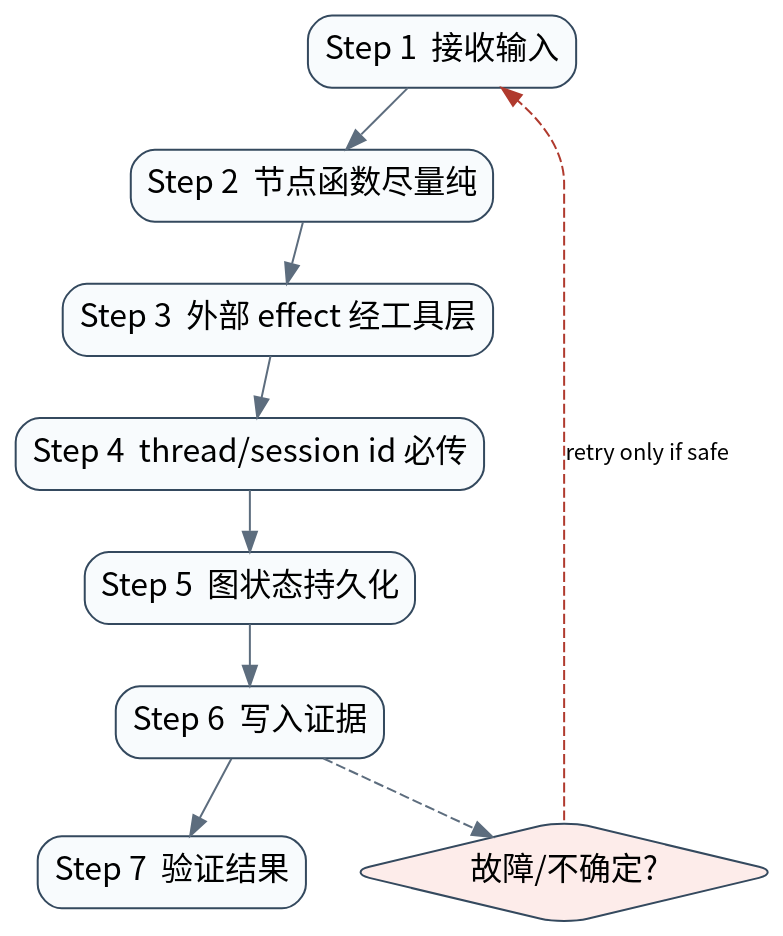
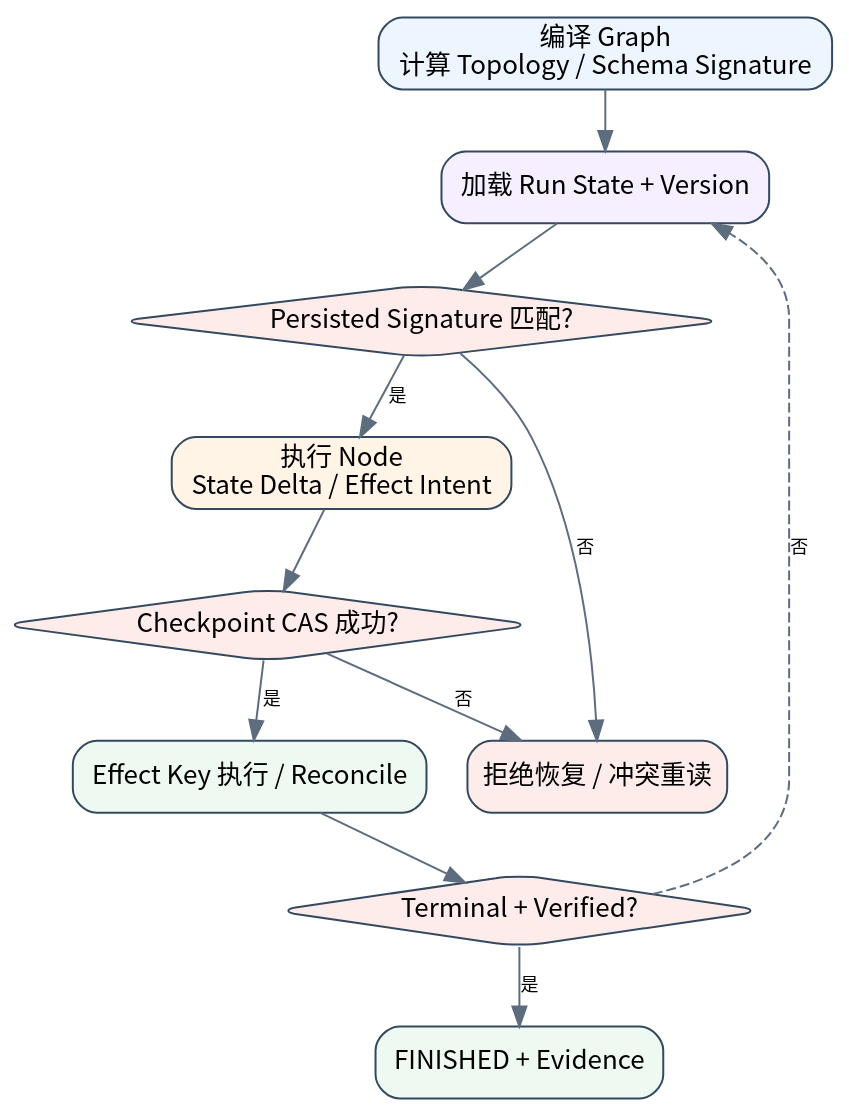
One commit to william-lbn/aiagentsystem changed the diagram in book/assets/diagrams/26-workflow-graph-flow.dot. Above: the diagram before and after it, drawn with Graphviz. The commit also changed 227 other files, not shown here.

```diff
--- a/book/assets/diagrams/26-workflow-graph-flow.dot
+++ b/book/assets/diagrams/26-workflow-graph-flow.dot
@@ -1,21 +1,24 @@
 digraph G {
-graph [rankdir=TB,bgcolor="transparent",pad="0.15",nodesep="0.28",ranksep="0.42"];
-node [shape=box,style="rounded,filled",fontname="Noto Sans CJK SC",fontsize=16,color="#34495e",fillcolor="#f8fbfd"];
-edge [fontname="Noto Sans CJK SC",fontsize=11,color="#5d6d7e"];
-s0 [label="Step 1  接收输入"];
-s1 [label="Step 2  节点函数尽量纯"];
-s2 [label="Step 3  外部 effect 经工具层"];
-s3 [label="Step 4  thread/session id 必传"];
-s4 [label="Step 5  图状态持久化"];
-s5 [label="Step 6  写入证据"];
-s6 [label="Step 7  验证结果"];
-s0->s1;
-s1->s2;
-s2->s3;
-s3->s4;
-s4->s5;
-s5->s6;
-fail [shape=diamond,label="故障/不确定?",fillcolor="#fdecea"];
-s5->fail [style=dashed];
-fail->s0 [label="retry only if safe",style=dashed,color="#b03a2e"];
+graph [rankdir=TB,bgcolor="transparent",pad="0.18",nodesep="0.28",ranksep="0.40"];
+node [shape=box,style="rounded,filled",fontname="Noto Sans CJK SC",fontsize=13,color="#34495e"];
+edge [fontname="Noto Sans CJK SC",fontsize=9,color="#5d6d7e"];
+compile [label="编译 Graph\n计算 Topology / Schema Signature",fillcolor="#edf5ff"];
+load [label="加载 Run State + Version",fillcolor="#f6efff"];
+match [shape=diamond,label="Persisted Signature 匹配?",fillcolor="#fdecea"];
+execute [label="执行 Node\nState Delta / Effect Intent",fillcolor="#fff4e6"];
+cas [shape=diamond,label="Checkpoint CAS 成功?",fillcolor="#fdecea"];
+effect [label="Effect Key 执行 / Reconcile",fillcolor="#eef9f1"];
+terminal [shape=diamond,label="Terminal + Verified?",fillcolor="#fdecea"];
+finish [label="FINISHED + Evidence",fillcolor="#eef9f1"];
+reject [label="拒绝恢复 / 冲突重读",fillcolor="#fdecea"];
+compile->load;
+load->match;
+match->execute [label="是"];
+match->reject [label="否"];
+execute->cas;
+cas->effect [label="是"];
+cas->reject [label="否"];
+effect->terminal;
+terminal->finish [label="是"];
+terminal->load [label="否",style=dashed];
 }
```
